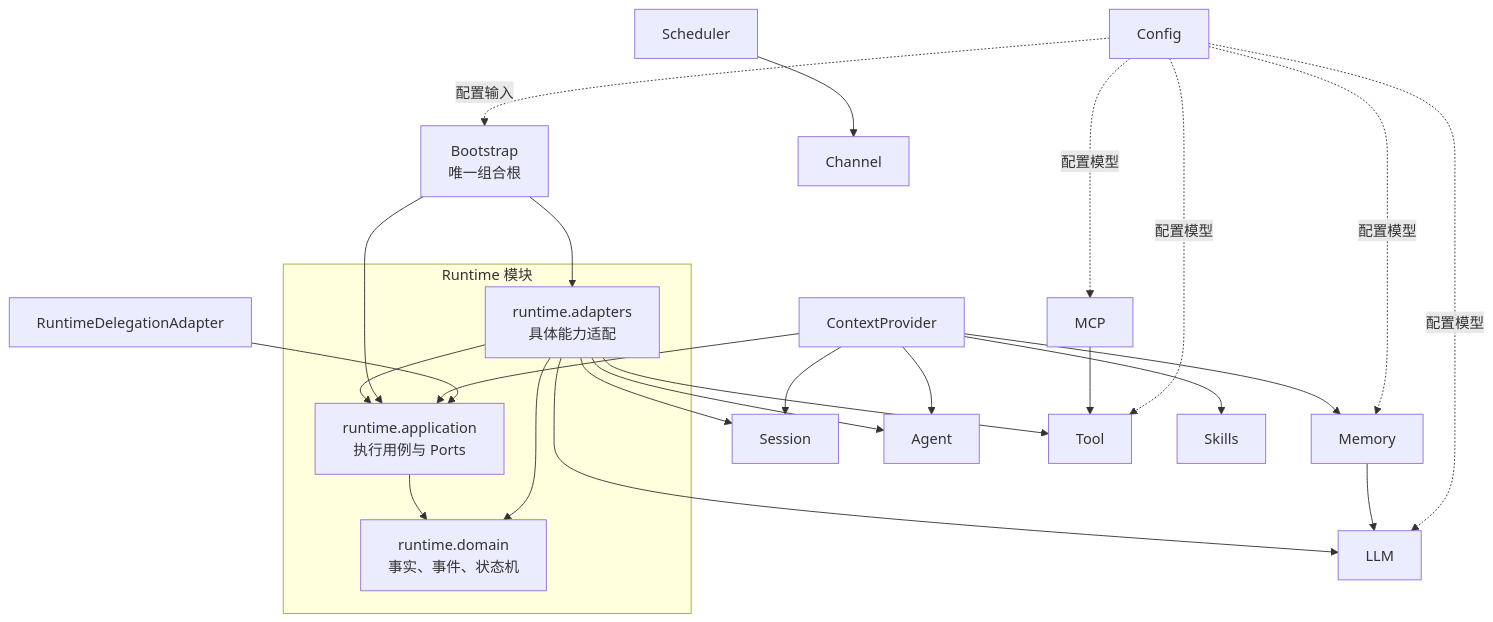
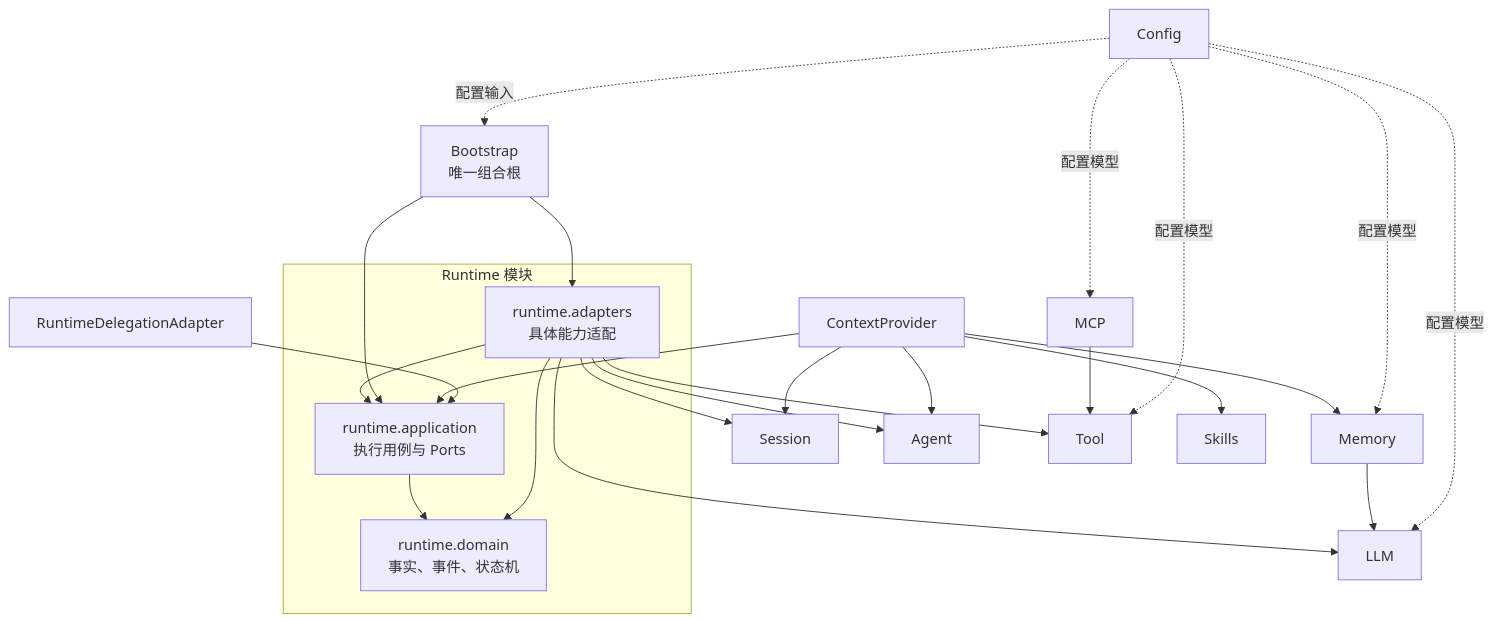
One commit to aandbcct/dotClaw changed the fifth of 5 diagrams in docs/wiki/readme.md. Above: the diagram before and after it, drawn with Mermaid. The commit also changed other lines of this file and 24 other files, not shown here.

````diff
--- a/docs/wiki/readme.md
+++ b/docs/wiki/readme.md
@@ -269,38 +278,37 @@
 ```mermaid
 flowchart TB
     subgraph RuntimeModule["Runtime 模块"]
         Domain["runtime.domain<br/>事实、事件、状态机"]
         Application["runtime.application<br/>执行用例与 Ports"]
         Adapters["runtime.adapters<br/>具体能力适配"]
         Application --> Domain
         Adapters --> Application
         Adapters --> Domain
     end
 
     Bootstrap["Bootstrap<br/>唯一组合根"] --> Application
     Bootstrap --> Adapters
 
     Context["ContextProvider"] --> Application
     Orchestration["RuntimeDelegationAdapter"] --> Application
 
     Adapters --> Session["Session"]
     Adapters --> Agent["Agent"]
     Adapters --> LLM["LLM"]
     Adapters --> Tool["Tool"]
 
     Context --> Session
     Context --> Agent
     Context --> Memory["Memory"]
     Context --> Skills["Skills"]
 
     MCP["MCP"] --> Tool
     Memory --> LLM
 
     Config["Config"] -.配置输入.-> Bootstrap
     Config -.配置模型.-> LLM
     Config -.配置模型.-> Tool
     Config -.配置模型.-> MCP
     Config -.配置模型.-> Memory
 
-    Scheduler["Scheduler"] --> Channel["Channel"]
 ```
````
